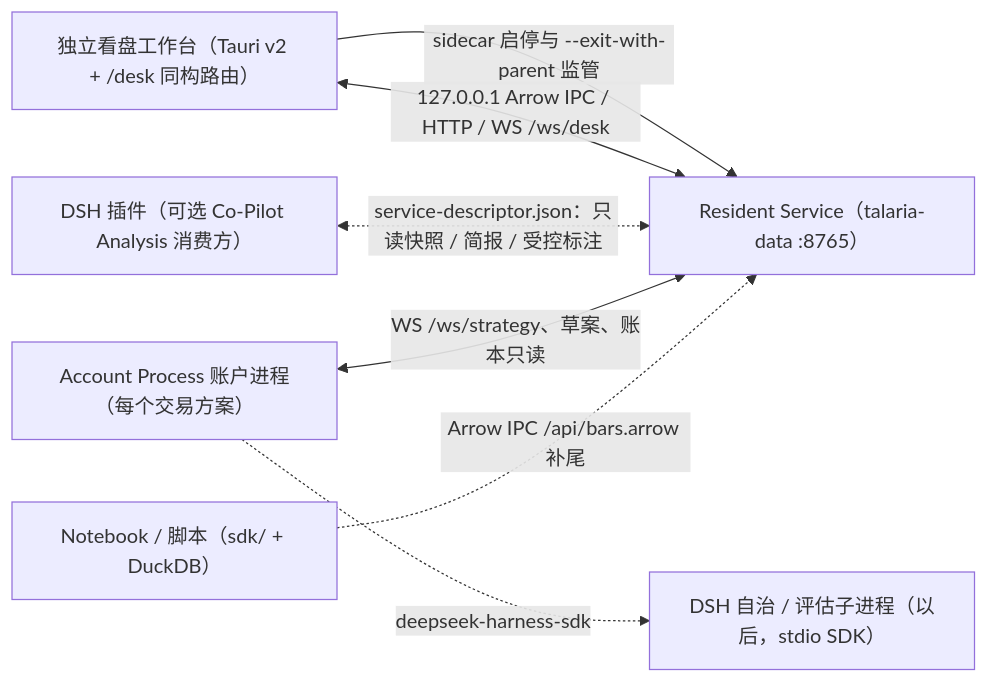
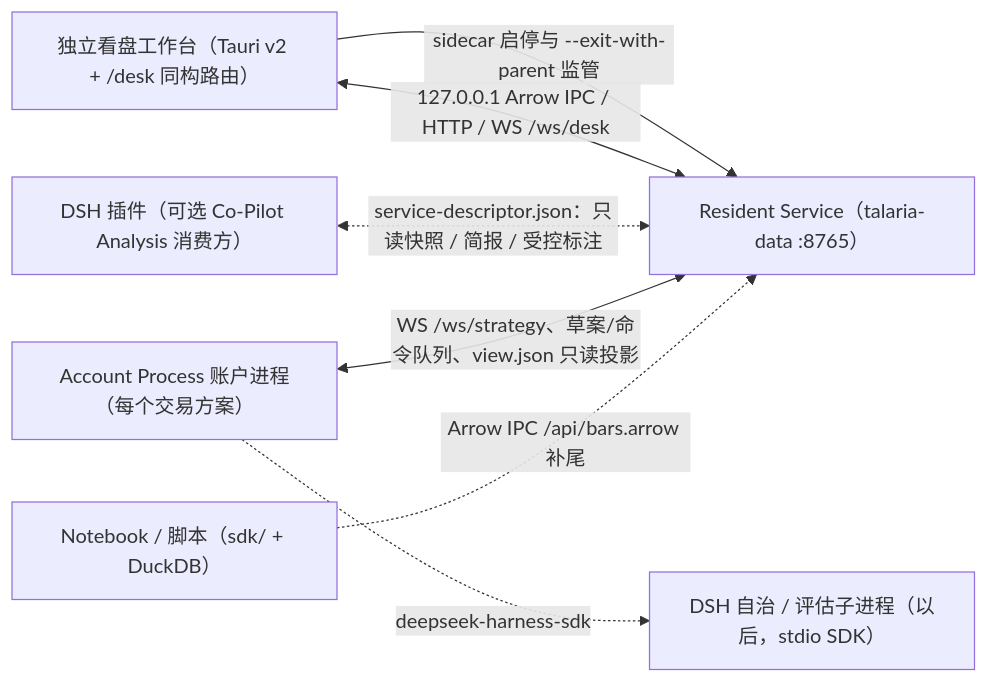
Before and after one commit to Dikui/Talaria: the second of 2 diagrams in docs/architecture.md, drawn with Mermaid. The commit also changed other lines of this file and 106 other files, not shown here.

Commit message:
feat(chain3): 实现模拟盘账户进程闭环、图表拖拽下单改止损与工作台托管，版本升到 0.0.23

````diff
--- a/docs/architecture.md
+++ b/docs/architecture.md
@@ -544,16 +546,16 @@
 ```mermaid
 flowchart LR
   Svc["Resident Service（talaria-data :8765）"]
   WB["独立看盘工作台（Tauri v2 + /desk 同构路由）"]
   DSH["DSH 插件（可选 Co-Pilot Analysis 消费方）"]
   Acct["Account Process 账户进程（每个交易方案）"]
   NB["Notebook / 脚本（sdk/ + DuckDB）"]
   DSHAuto["DSH 自治 / 评估子进程（以后，stdio SDK）"]
 
   WB -->|"sidecar 启停与 --exit-with-parent 监管"| Svc
   WB <-->|"127.0.0.1 Arrow IPC / HTTP / WS /ws/desk"| Svc
   DSH <-. "service-descriptor.json：只读快照 / 简报 / 受控标注" .-> Svc
-  Acct <-->|"WS /ws/strategy、草案、账本只读"| Svc
+  Acct <-->|"WS /ws/strategy、草案/命令队列、view.json 只读投影"| Svc
   NB -. "Arrow IPC /api/bars.arrow 补尾" .-> Svc
   Acct -. "deepseek-harness-sdk" .-> DSHAuto
 ```
````
